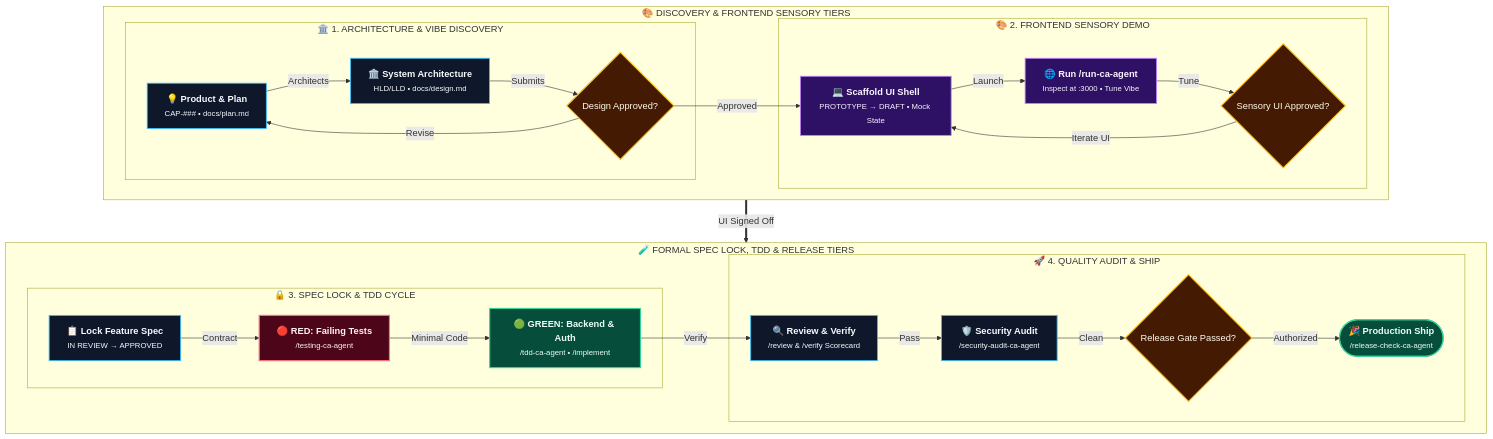
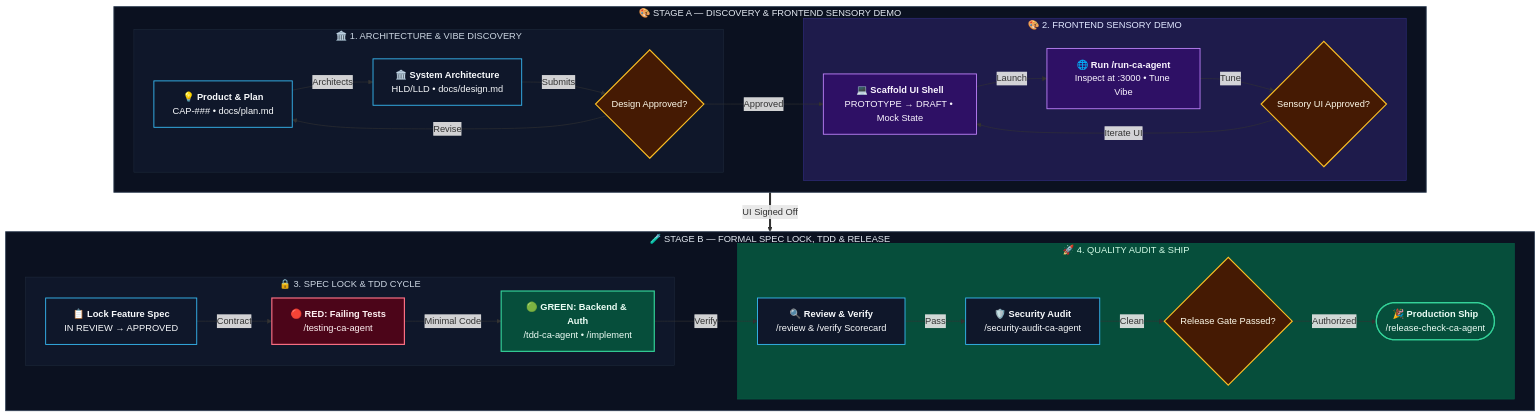
Before and after one commit to ChandanAY-24/Agentic-Development-ChandanAY: the first of 3 diagrams in SDD-Vibe-Framework/README.md, drawn with Mermaid. The commit also changed other lines of this file and 13 other files, not shown here.

Commit message:
docs: polish Mermaid diagrams across READMEs and guides

````diff
--- a/SDD-Vibe-Framework/README.md
+++ b/SDD-Vibe-Framework/README.md
@@ -35,57 +35,75 @@
 ```mermaid
+%%{init: {'flowchart': {'curve': 'basis', 'padding': 16, 'nodeSpacing': 28, 'rankSpacing': 44}}}%%
 flowchart TB
     classDef gov fill:#0f172a,stroke:#38bdf8,stroke-width:1.5px,color:#f8fafc;
     classDef vibe fill:#2e1065,stroke:#c084fc,stroke-width:1.5px,color:#faf5ff;
     classDef red fill:#4c0519,stroke:#fb7185,stroke-width:2px,color:#fff1f2;
     classDef green fill:#064e3b,stroke:#34d399,stroke-width:2px,color:#ecfdf5;
     classDef gate fill:#451a03,stroke:#fbbf24,stroke-width:2px,color:#fffbeb;
 
-    subgraph Row1 ["🎨 DISCOVERY & FRONTEND SENSORY TIERS"]
+    subgraph Row1 ["🎨 STAGE A — DISCOVERY & FRONTEND SENSORY DEMO"]
         direction LR
         subgraph Phase1 ["🏛️ 1. ARCHITECTURE & VIBE DISCOVERY"]
-            ProductVision["<b>💡 Product & Plan</b><br/><small>CAP-### • docs/plan.md</small>"]:::gov
-            SysArch["<b>🏛️ System Architecture</b><br/><small>HLD/LLD • docs/design.md</small>"]:::gov
+            ProductVision["`**💡 Product & Plan**
+CAP-### • docs/plan.md`"]:::gov
+            SysArch["`**🏛️ System Architecture**
+HLD/LLD • docs/design.md`"]:::gov
             HumanP1{"Design Approved?"}:::gate
         end
 
         subgraph Phase2 ["🎨 2. FRONTEND SENSORY DEMO"]
-            ProtoUI["<b>💻 Scaffold UI Shell</b><br/><small>PROTOTYPE → DRAFT • Mock State</small>"]:::vibe
-            LiveDemo["<b>🌐 Run /run-ca-agent</b><br/><small>Inspect at :3000 • Tune Vibe</small>"]:::vibe
+            ProtoUI["`**💻 Scaffold UI Shell**
+PROTOTYPE → DRAFT • Mock State`"]:::vibe
+            LiveDemo["`**🌐 Run /run-ca-agent**
+Inspect at :3000 • Tune Vibe`"]:::vibe
             VibeGate{"Sensory UI Approved?"}:::gate
         end
     end
 
-    subgraph Row2 ["🧪 FORMAL SPEC LOCK, TDD & RELEASE TIERS"]
+    subgraph Row2 ["🧪 STAGE B — FORMAL SPEC LOCK, TDD & RELEASE"]
         direction LR
         subgraph Phase3 ["🔒 3. SPEC LOCK & TDD CYCLE"]
-            LockSpec["<b>📋 Lock Feature Spec</b><br/><small>IN REVIEW → APPROVED</small>"]:::gov
-            RedTest["<b>🔴 RED: Failing Tests</b><br/><small>/testing-ca-agent</small>"]:::red
-            GreenCode["<b>🟢 GREEN: Backend & Auth</b><br/><small>/tdd-ca-agent • /implement</small>"]:::green
+            LockSpec["`**📋 Lock Feature Spec**
+IN REVIEW → APPROVED`"]:::gov
+            RedTest["`**🔴 RED: Failing Tests**
+/testing-ca-agent`"]:::red
+            GreenCode["`**🟢 GREEN: Backend & Auth**
+/tdd-ca-agent • /implement`"]:::green
         end
 
         subgraph Phase4 ["🚀 4. QUALITY AUDIT & SHIP"]
-            CodeReview["<b>🔍 Review & Verify</b><br/><small>/review & /verify Scorecard</small>"]:::gov
-            SecurityScan["<b>🛡️ Security Audit</b><br/><small>/security-audit-ca-agent</small>"]:::gov
+            CodeReview["`**🔍 Review & Verify**
+/review & /verify Scorecard`"]:::gov
+            SecurityScan["`**🛡️ Security Audit**
+/security-audit-ca-agent`"]:::gov
             ReleaseGate{"Release Gate Passed?"}:::gate
-            ProductionDeploy(["<b>🎉 Production Ship</b><br/><small>/release-check-ca-agent</small>"]):::green
+            ProductionDeploy(["`**🎉 Production Ship**
+/release-check-ca-agent`"]):::green
         end
     end
 
     ProductVision -->|"Architects"| SysArch
     SysArch -->|"Submits"| HumanP1
     HumanP1 -->|"Revise"| ProductVision
     HumanP1 -->|"Approved"| ProtoUI
 
     ProtoUI -->|"Launch"| LiveDemo
     LiveDemo -->|"Tune"| VibeGate
     VibeGate -->|"Iterate UI"| ProtoUI
     VibeGate ==>|"UI Signed Off"| LockSpec
 
     LockSpec -->|"Contract"| RedTest
     RedTest -->|"Minimal Code"| GreenCode
     GreenCode -->|"Verify"| CodeReview
 
     CodeReview -->|"Pass"| SecurityScan
     SecurityScan -->|"Clean"| ReleaseGate
     ReleaseGate -->|"Authorized"| ProductionDeploy
+
+    style Row1 fill:#0b1120,stroke:#334155,stroke-width:1.5px,color:#e2e8f0
+    style Row2 fill:#0b1120,stroke:#334155,stroke-width:1.5px,color:#e2e8f0
+    style Phase1 fill:#0f172a,stroke:#1e293b,stroke-width:1px,color:#cbd5e1
+    style Phase2 fill:#1e1b4b,stroke:#312e81,stroke-width:1px,color:#e0e7ff
+    style Phase3 fill:#0f172a,stroke:#1e293b,stroke-width:1px,color:#cbd5e1
+    style Phase4 fill:#064e3b,stroke:#065f46,stroke-width:1px,color:#d1fae5
 ```
````
